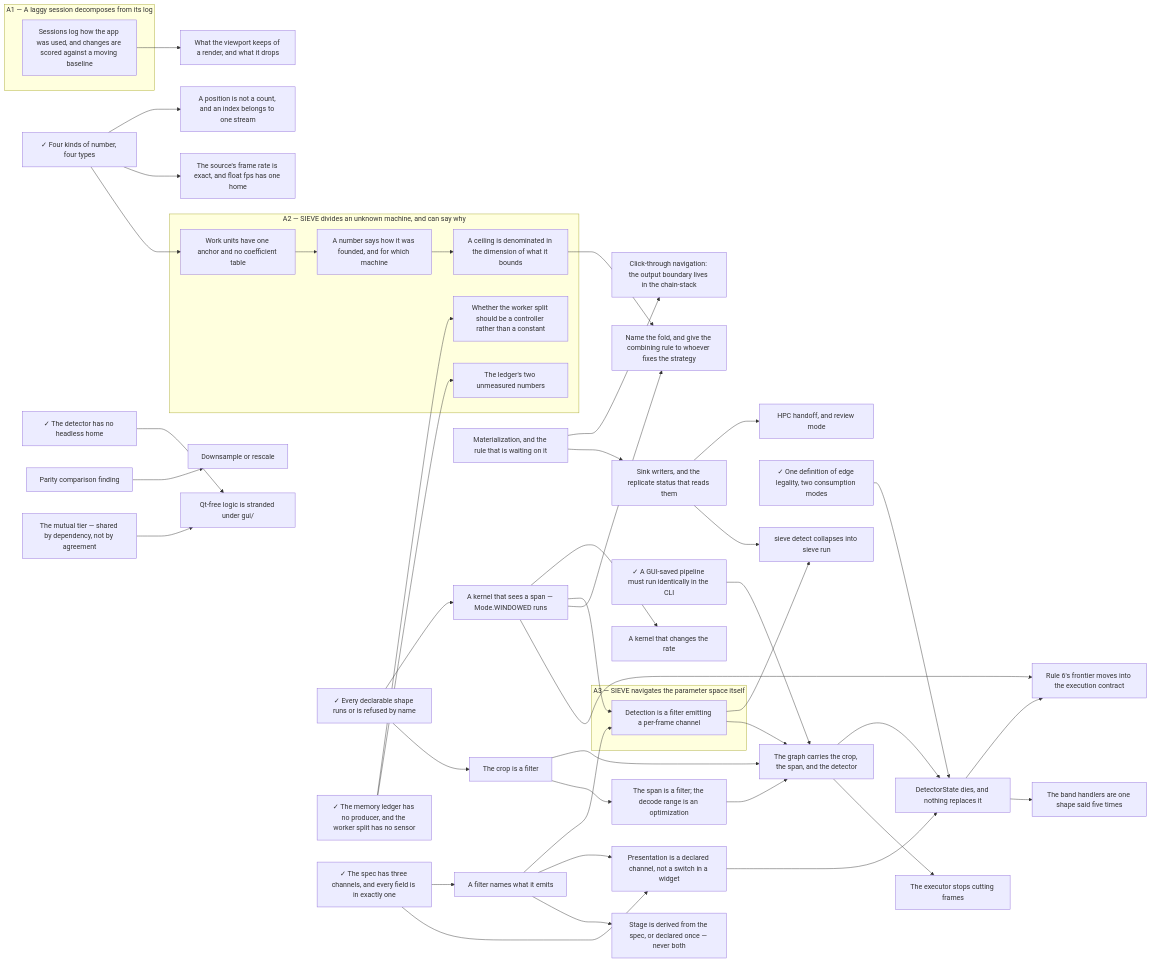
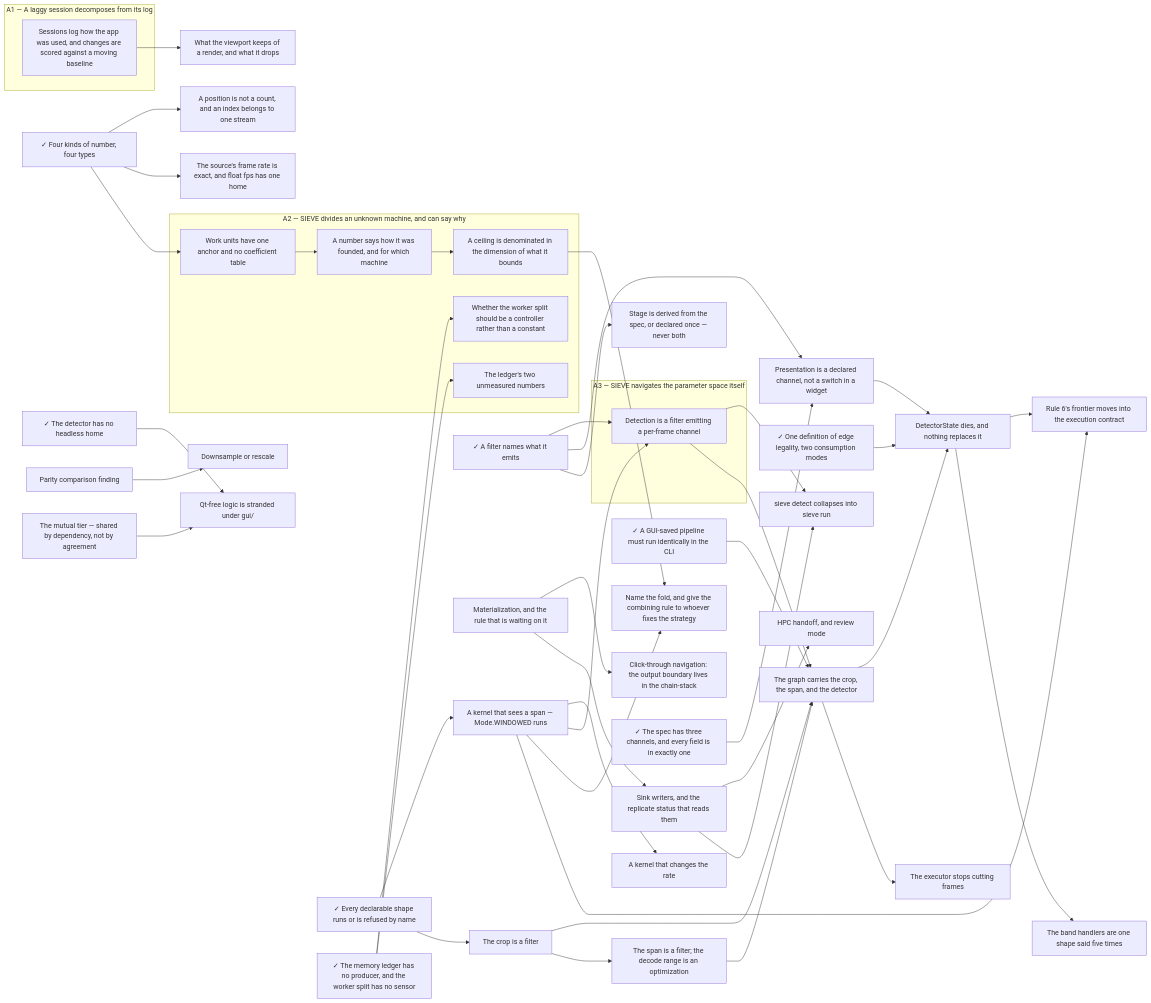
Before and after one commit to soulsynapse/antscihub-SIEVE: the diagram in docs/.state.md, drawn with Mermaid. The commit also changed other lines of this file and 23 other files, not shown here.

```diff
--- a/docs/.state.md
+++ b/docs/.state.md
@@ -135,7 +133,7 @@
   subgraph A3["A3 — SIEVE navigates the parameter space itself"]
       detection_is_a_filter["Detection is a filter emitting a per-frame channel"]
   end
-    a_filter_names_what_it_emits["A filter names what it emits"]
+    a_filter_names_what_it_emits["✓ A filter names what it emits"]
     a_kernel_that_changes_the_rate["A kernel that changes the rate"]
     a_kernel_that_sees_a_span["A kernel that sees a span — Mode.WINDOWED runs"]
     a_position_is_not_a_count["A position is not a count, and an index belongs to one stream"]
@@ -167,7 +165,6 @@
     the_mutual_tier["The mutual tier — shared by dependency, not by agreement"]
     the_span_is_a_filter["The span is a filter; the decode range is an optimization"]
     the_spec_has_three_channels["✓ The spec has three channels, and every field is in exactly one"]
-    the_spec_has_three_channels --> a_filter_names_what_it_emits
     a_kernel_that_sees_a_span --> a_kernel_that_changes_the_rate
     declarable_but_not_runnable --> a_kernel_that_sees_a_span
     work_units_have_one_anchor --> a_number_says_how_it_was_founded
```
